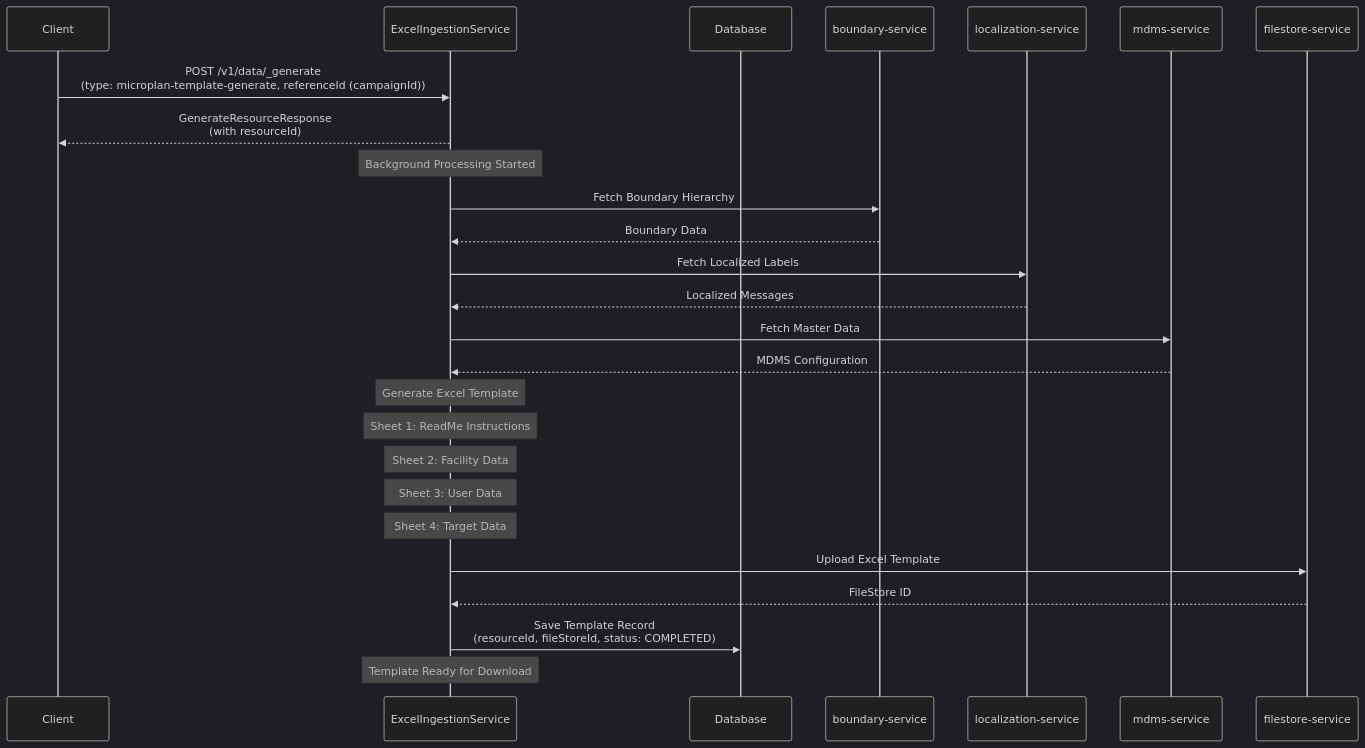
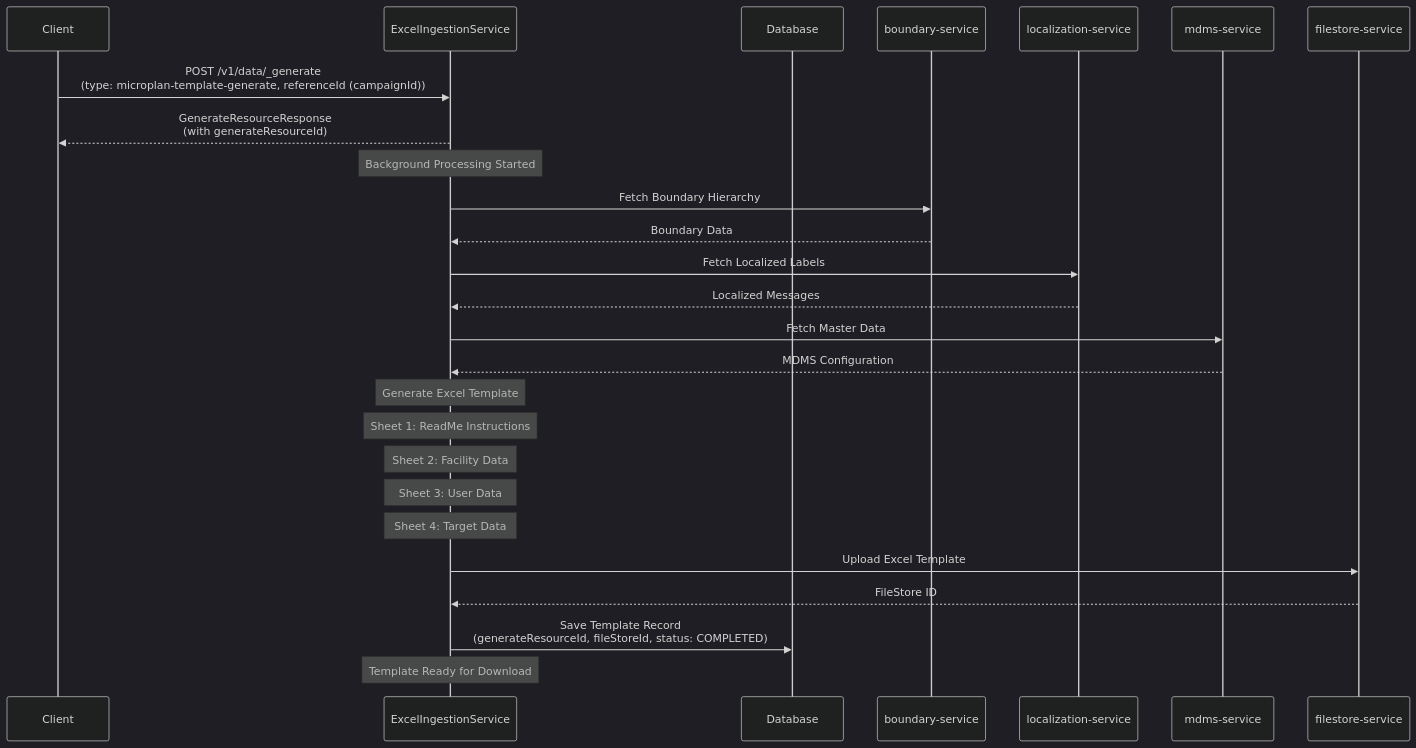
The first of 5 diagrams in tempDesign.md (ashish-egov/campaign-whole-sheet-ingestion), drawn with Mermaid (dark theme) before and after one commit. The commit also changed other lines of this file, not shown here.

````diff
--- a/tempDesign.md
+++ b/tempDesign.md
@@ -8,38 +8,38 @@
 ```mermaid
 sequenceDiagram
     participant Client
     participant ExcelIngestionService
     participant Database
     participant boundary-service
     participant localization-service
     participant mdms-service
     participant filestore-service
     
     Client->>ExcelIngestionService: POST /v1/data/_generate<br/>(type: microplan-template-generate, referenceId (campaignId))
     
-    ExcelIngestionService-->>Client: GenerateResourceResponse<br/>(with resourceId)
+    ExcelIngestionService-->>Client: GenerateResourceResponse<br/>(with generateResourceId)
     
     Note over ExcelIngestionService: Background Processing Started
     
     ExcelIngestionService->>boundary-service: Fetch Boundary Hierarchy
     boundary-service-->>ExcelIngestionService: Boundary Data
     
     ExcelIngestionService->>localization-service: Fetch Localized Labels
     localization-service-->>ExcelIngestionService: Localized Messages
     
     ExcelIngestionService->>mdms-service: Fetch Master Data
     mdms-service-->>ExcelIngestionService: MDMS Configuration
     
     Note over ExcelIngestionService: Generate Excel Template
     Note over ExcelIngestionService: Sheet 1: ReadMe Instructions
     Note over ExcelIngestionService: Sheet 2: Facility Data
     Note over ExcelIngestionService: Sheet 3: User Data  
     Note over ExcelIngestionService: Sheet 4: Target Data
     
     ExcelIngestionService->>filestore-service: Upload Excel Template
     filestore-service-->>ExcelIngestionService: FileStore ID
     
-    ExcelIngestionService->>Database: Save Template Record<br/>(resourceId, fileStoreId, status: COMPLETED)
+    ExcelIngestionService->>Database: Save Template Record<br/>(generateResourceId, fileStoreId, status: COMPLETED)
     
     Note over ExcelIngestionService: Template Ready for Download
 ```
````
